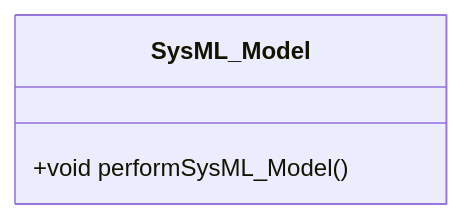
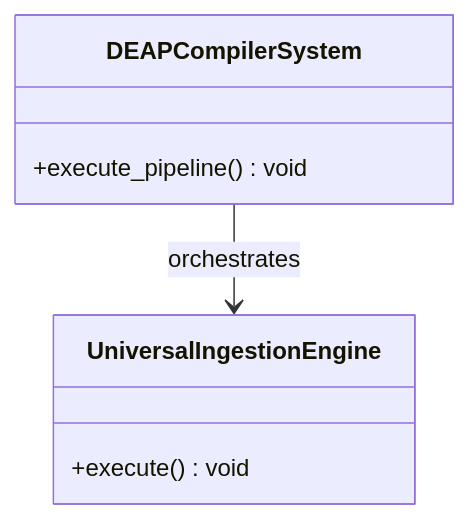
The first of 2 diagrams in docs/epics/EPIC-01-SysML_Model.md (gintatkinson/dumpiler-01), drawn with Mermaid before and after one commit. The commit also changed other lines of this file and 90 other files, not shown here.

````diff
--- a/docs/epics/EPIC-01-SysML_Model.md
+++ b/docs/epics/EPIC-01-SysML_Model.md
@@ -30,6 +53,10 @@
 ```mermaid
 classDiagram
-    class SysML_Model {
-        +void performSysML_Model()
+    class DEAPCompilerSystem {
+        +execute_pipeline() void
     }
+    class UniversalIngestionEngine {
+        +execute() void
+    }
+    DEAPCompilerSystem --> UniversalIngestionEngine : orchestrates
 ```
````
